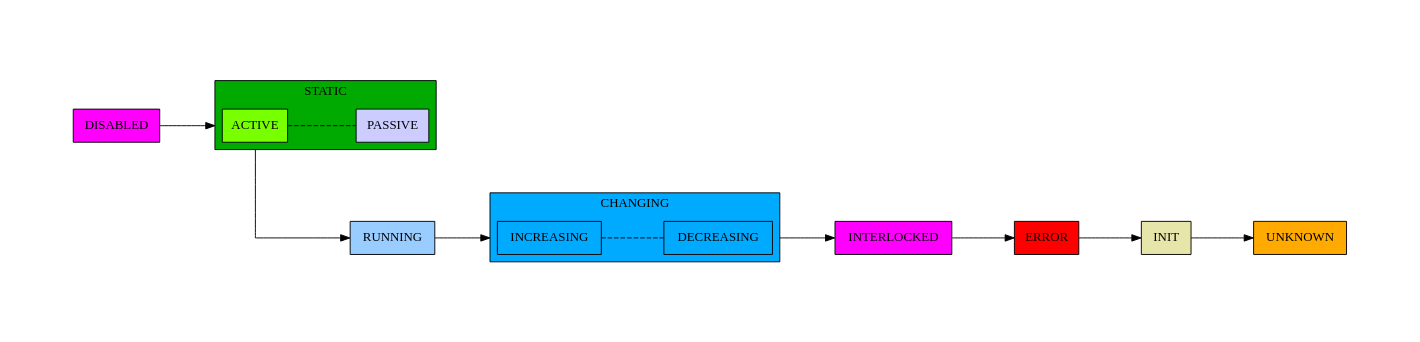
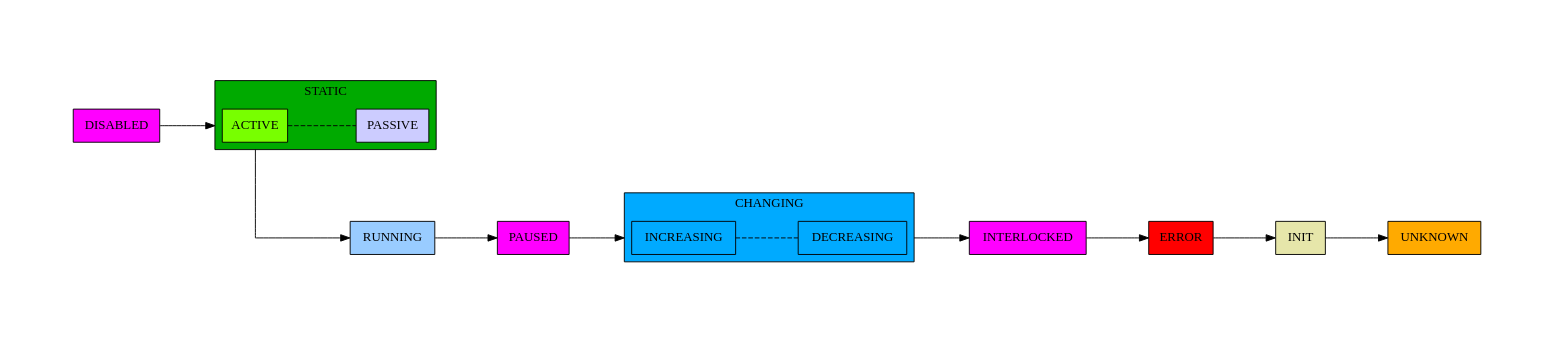
One commit to European-XFEL/Karabo changed diagram 16 of 19 in doc/library/states.rst. Above: the diagram before and after it, drawn with Graphviz. The commit also changed other lines of this file, not shown here.

Commit message:
[CI-skip] Added 'PAUSED' to the diagrams. Adjusted text about requirements for custom trump lists.

```diff
--- a/doc/library/states.rst
+++ b/doc/library/states.rst
@@ -343,6 +352,14 @@
             style = filled
             fillcolor = "#99CCFF"
             label = "RUNNING"
+        ]
+
+        paused
+        [
+            shape = box
+            style = filled
+            fillcolor = "#FF00FF"
+            label = "PAUSED"
         ]
 
         subgraph cluster1 {
@@ -404,7 +421,8 @@
 
         disabled -> active [lhead=cluster0]
         active  -> running [ltail=cluster0]
-        running -> increasing [lhead=cluster1]
+        running -> paused
+        paused -> increasing [lhead=cluster1]
         decreasing -> interlocked [ltail=cluster1]
         interlocked -> error
         error -> init
```
